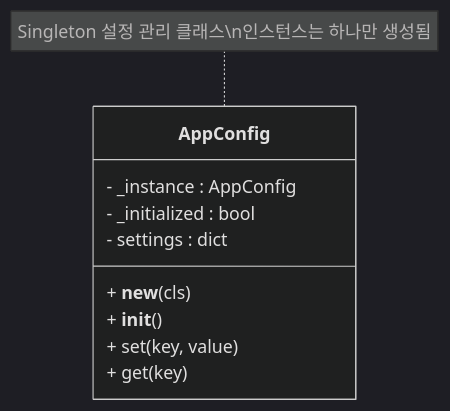
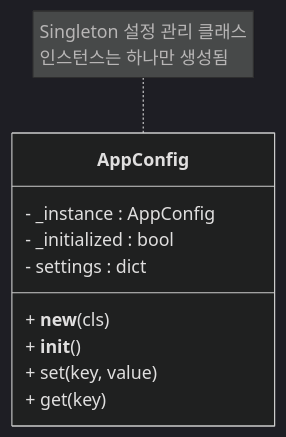
The diagram in A. Design Pattern/02-Singleton.md (xmlbuilder/CPlus_Tutorial), drawn with Mermaid (dark theme) before and after one commit.

````diff
--- a/A. Design Pattern/02-Singleton.md
+++ b/A. Design Pattern/02-Singleton.md
@@ -86,14 +86,15 @@
 ```mermaid
 classDiagram
     class AppConfig {
         - _instance : AppConfig
         - _initialized : bool
         - settings : dict
         + __new__(cls)
         + __init__()
         + set(key, value)
         + get(key)
     }
 
-    note for AppConfig "Singleton 설정 관리 클래스\n인스턴스는 하나만 생성됨"
+    note for AppConfig "Singleton 설정 관리 클래스
+    인스턴스는 하나만 생성됨"
 ```
````
